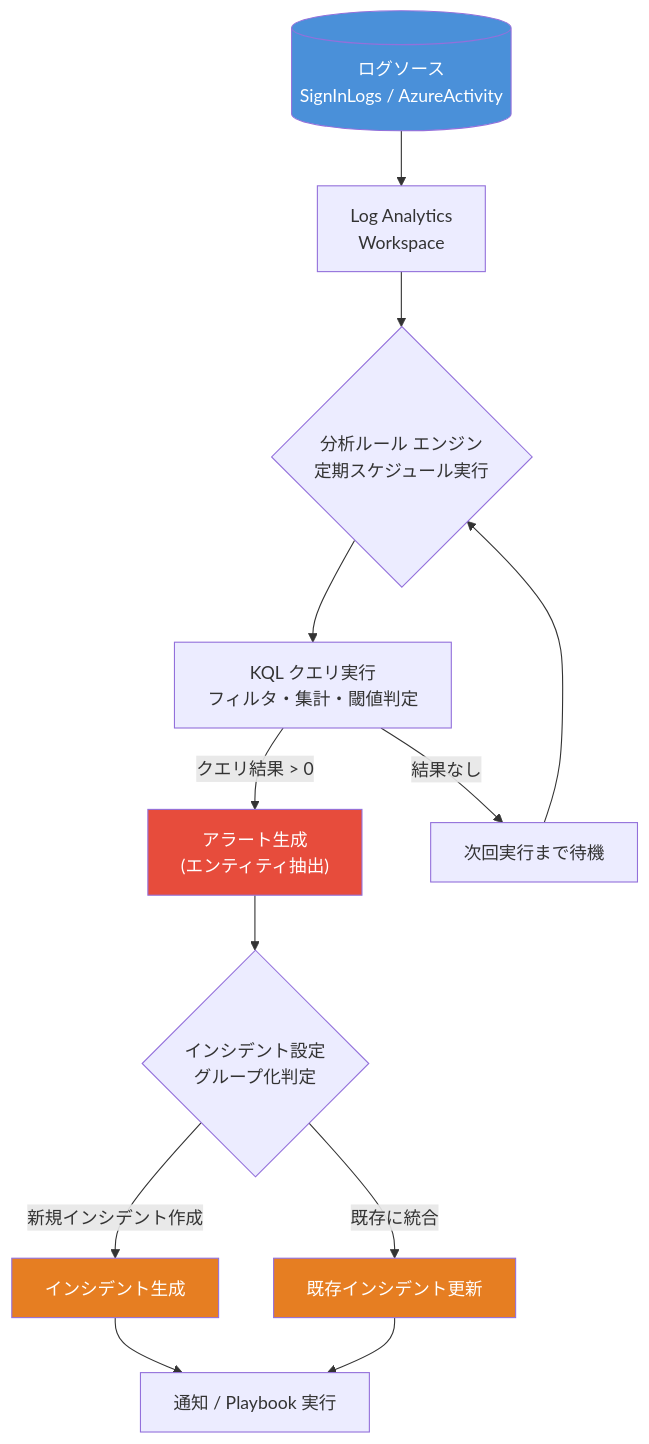
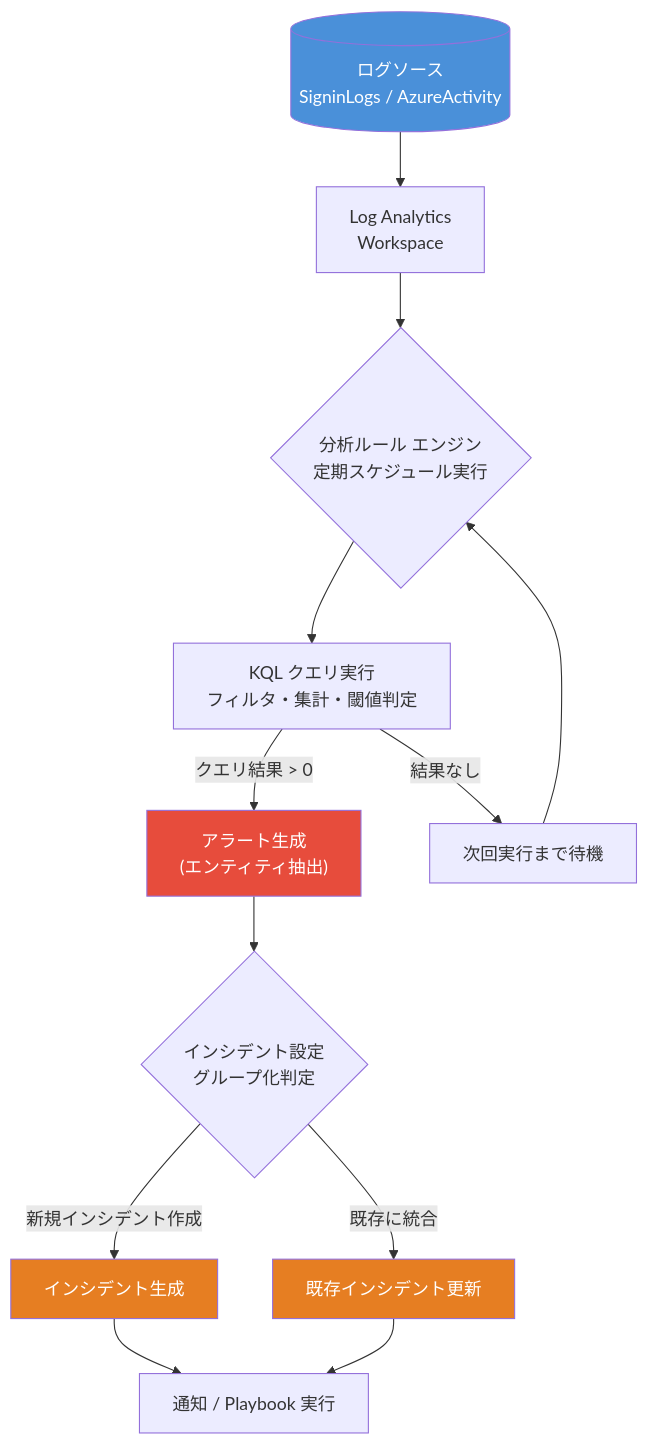
Before and after one commit to hisashin0728/SentinelWorkshop-Analytics: the first of 7 diagrams in README.md, drawn with Mermaid. The commit also changed other lines of this file, not shown here.

Commit message:
Fix: SignInLogs -> SigninLogs in descriptions and tables

````diff
--- a/README.md
+++ b/README.md
@@ -52,19 +52,19 @@
 ```mermaid
 flowchart TD
-    A[("ログソース\nSignInLogs / AzureActivity")] --> B["Log Analytics\nWorkspace"]
+    A[("ログソース\nSigninLogs / AzureActivity")] --> B["Log Analytics\nWorkspace"]
     B --> C{"分析ルール エンジン\n定期スケジュール実行"}
     C --> D["KQL クエリ実行\nフィルタ・集計・閾値判定"]
     D -->|"クエリ結果 > 0"| E["アラート生成\n(エンティティ抽出)"]
     D -->|"結果なし"| F["次回実行まで待機"]
     E --> G{"インシデント設定\nグループ化判定"}
     G -->|"新規インシデント作成"| H["インシデント生成"]
     G -->|"既存に統合"| I["既存インシデント更新"]
     H --> J["通知 / Playbook 実行"]
     I --> J
     F --> C
 
     style A fill:#4a90d9,color:#fff
     style E fill:#e74c3c,color:#fff
     style H fill:#e67e22,color:#fff
     style I fill:#e67e22,color:#fff
 ```
````
